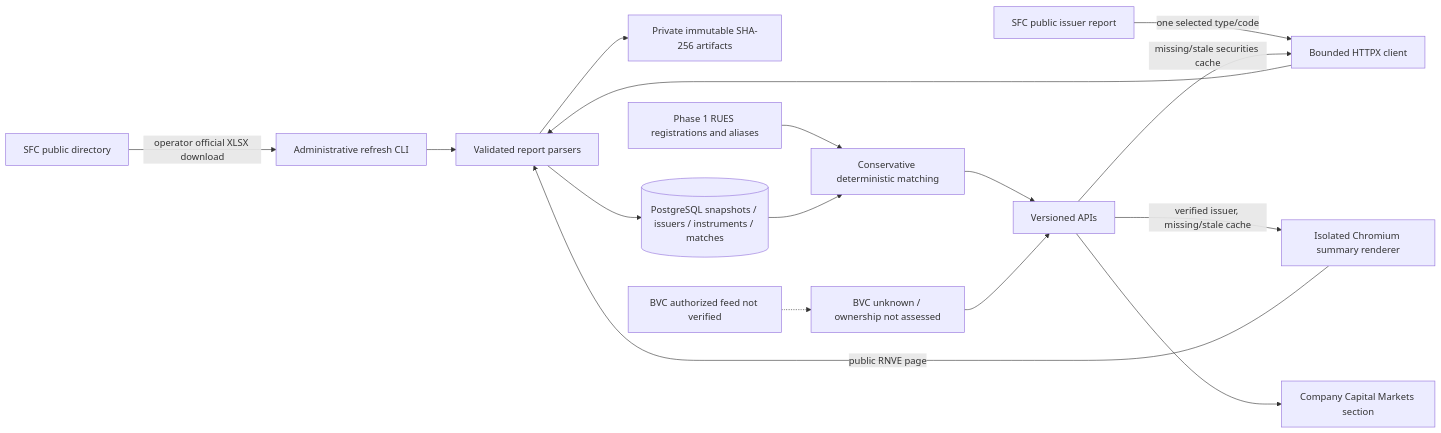
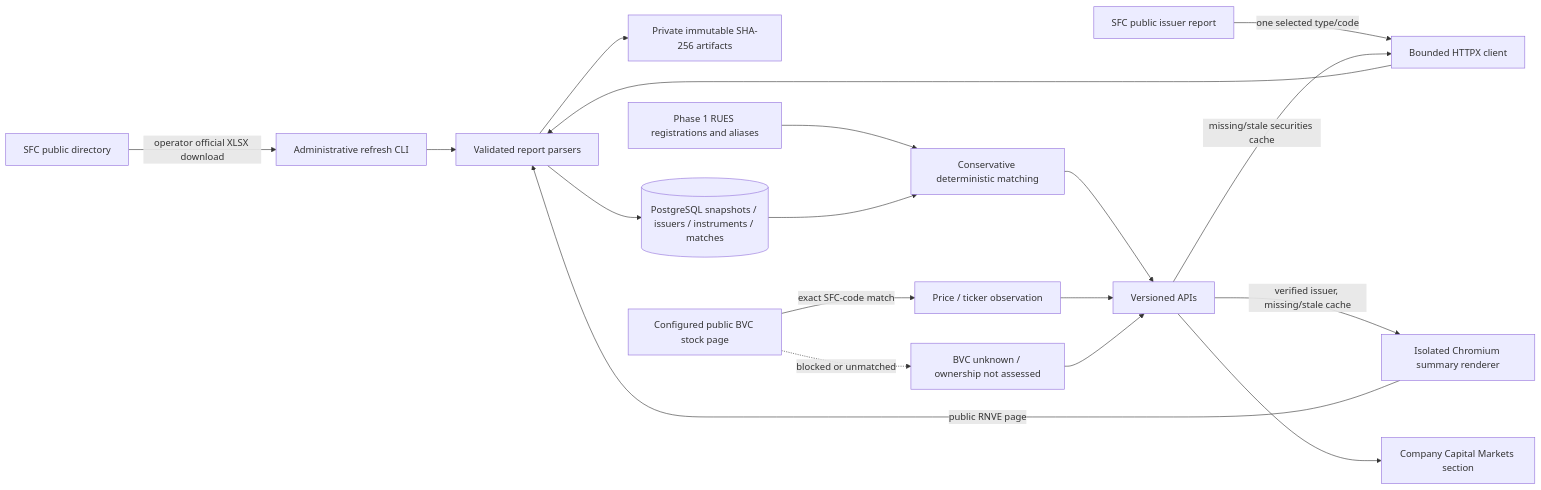
The diagram in docs/capital-markets.md (molartep/colombia-company-intelligence), drawn with Mermaid before and after one commit. The commit also changed other lines of this file and 41 other files, not shown here.

Commit message:
Add evidence-backed BVC registration search and quote fallbacks

````diff
--- a/docs/capital-markets.md
+++ b/docs/capital-markets.md
@@ -144,18 +144,20 @@
 ```mermaid
 flowchart LR
     Portal[SFC public directory] -->|operator official XLSX download| CLI[Administrative refresh CLI]
     Report[SFC public issuer report] -->|one selected type/code| HTTP[Bounded HTTPX client]
     API -->|missing/stale securities cache| HTTP
     HTTP --> Parser[Validated report parsers]
     CLI --> Parser
     Parser --> Files[Private immutable SHA-256 artifacts]
     Parser --> DB[(PostgreSQL snapshots / issuers / instruments / matches)]
     RUES[Phase 1 RUES registrations and aliases] --> Match[Conservative deterministic matching]
     DB --> Match
     Match --> API[Versioned APIs]
     API -->|verified issuer, missing/stale cache| Render[Isolated Chromium summary renderer]
     Render -->|public RNVE page| Parser
     API --> UI[Company Capital Markets section]
-    BVC[BVC authorized feed not verified] -.-> Unknown[BVC unknown / ownership not assessed]
+    BVC[Configured public BVC stock page] -->|exact SFC-code match| Quote[Price / ticker observation]
+    Quote --> API
+    BVC -.->|blocked or unmatched| Unknown[BVC unknown / ownership not assessed]
     Unknown --> API
 ```
````
